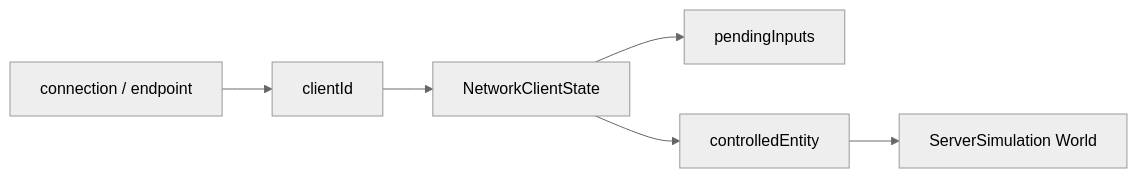
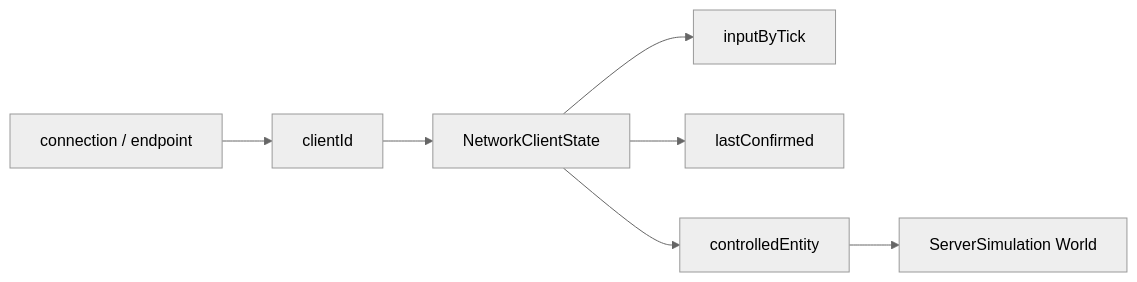
One commit to J0nJAr/ECSFactory changed the second of 4 diagrams in docs/design/network-sync-system.md. Above: the diagram before and after it, drawn with Mermaid (neutral theme). The commit also changed other lines of this file and 19 other files, not shown here.

````diff
--- a/docs/design/network-sync-system.md
+++ b/docs/design/network-sync-system.md
@@ -158,8 +171,9 @@
 ```mermaid
 flowchart LR
     Endpoint["connection / endpoint"] --> ClientId["clientId"]
     ClientId --> State["NetworkClientState"]
-    State --> Inputs["pendingInputs"]
+    State --> Inputs["inputByTick"]
+    State --> Last["lastConfirmed"]
     State --> Entity["controlledEntity"]
     Entity --> ServerWorld["ServerSimulation World"]
 ```
````
